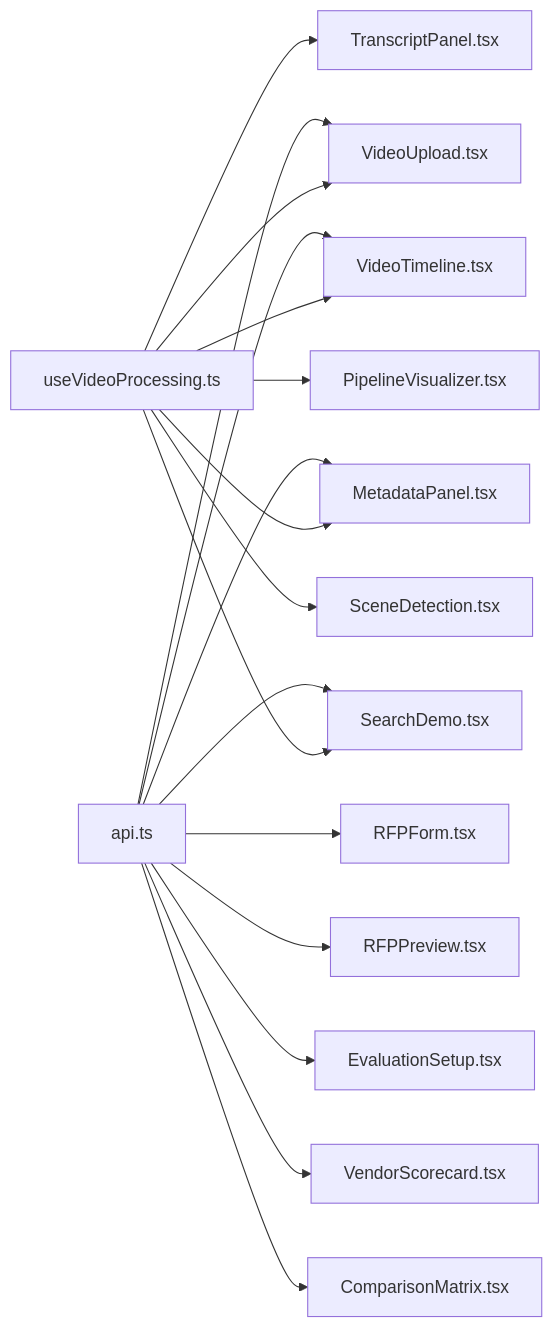
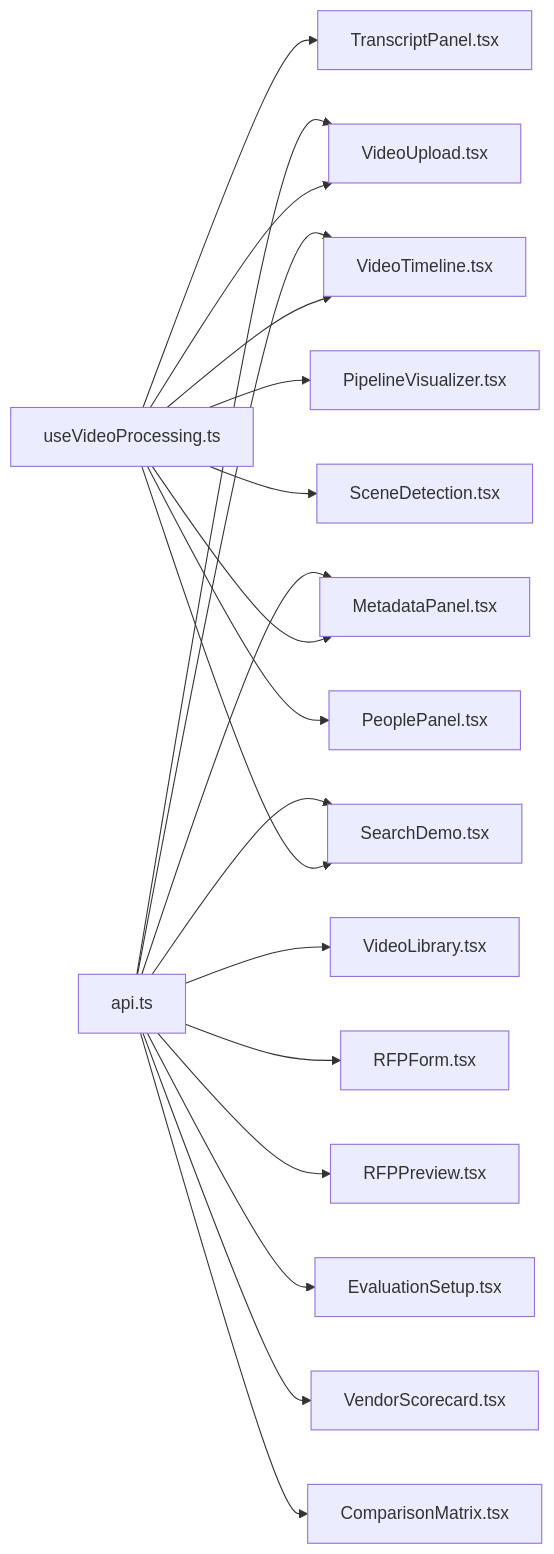
Before and after one commit to alexandreybasta-cyber/dubai-media-ai: the third of 3 diagrams in .qoder/repowiki/en/content/Frontend Application/Component Library.md, drawn with Mermaid. The commit also changed other lines of this file and 49 other files, not shown here.

````diff
--- a/.qoder/repowiki/en/content/Frontend Application/Component Library.md
+++ b/.qoder/repowiki/en/content/Frontend Application/Component Library.md
@@ -628,19 +747,21 @@
 ```mermaid
 graph LR
 UV["useVideoProcessing.ts"] --> VU["VideoUpload.tsx"]
 UV --> VT["VideoTimeline.tsx"]
 UV --> TP["TranscriptPanel.tsx"]
 UV --> MP["MetadataPanel.tsx"]
 UV --> SD["SearchDemo.tsx"]
 UV --> PV["PipelineVisualizer.tsx"]
 UV --> SC["SceneDetection.tsx"]
+UV --> PP["PeoplePanel.tsx"]
 API["api.ts"] --> VU
 API --> VT
 API --> MP
 API --> SD
+API --> VL["VideoLibrary.tsx"]
 API --> RF["RFPForm.tsx"]
 API --> RP["RFPPreview.tsx"]
 API --> ES["EvaluationSetup.tsx"]
 API --> VS["VendorScorecard.tsx"]
 API --> CM["ComparisonMatrix.tsx"]
 ```
````
